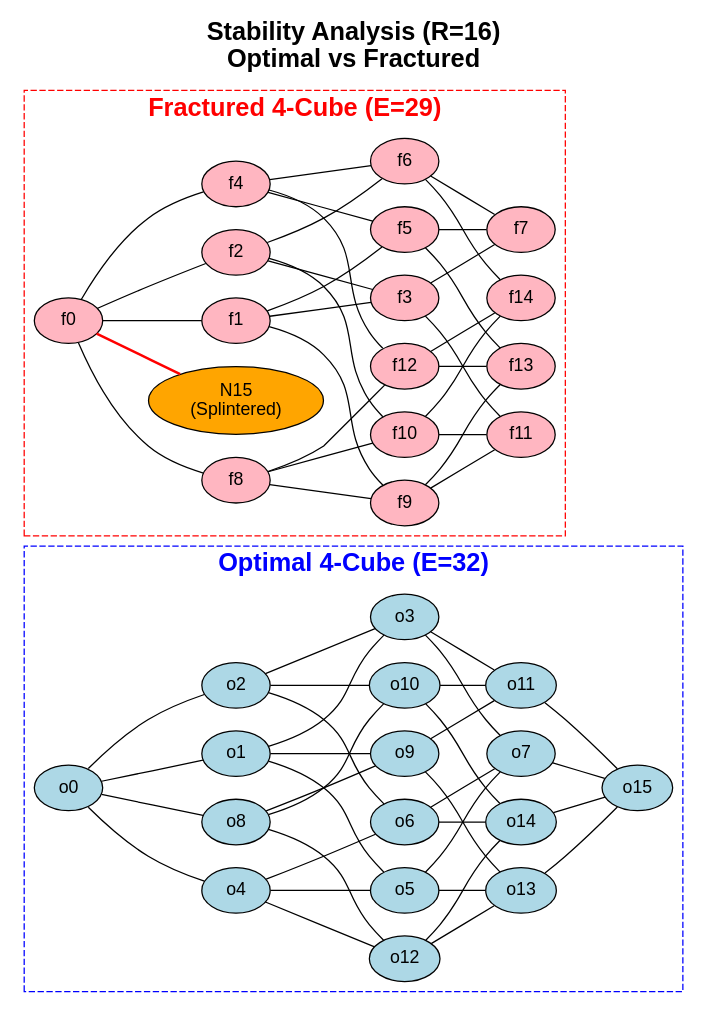
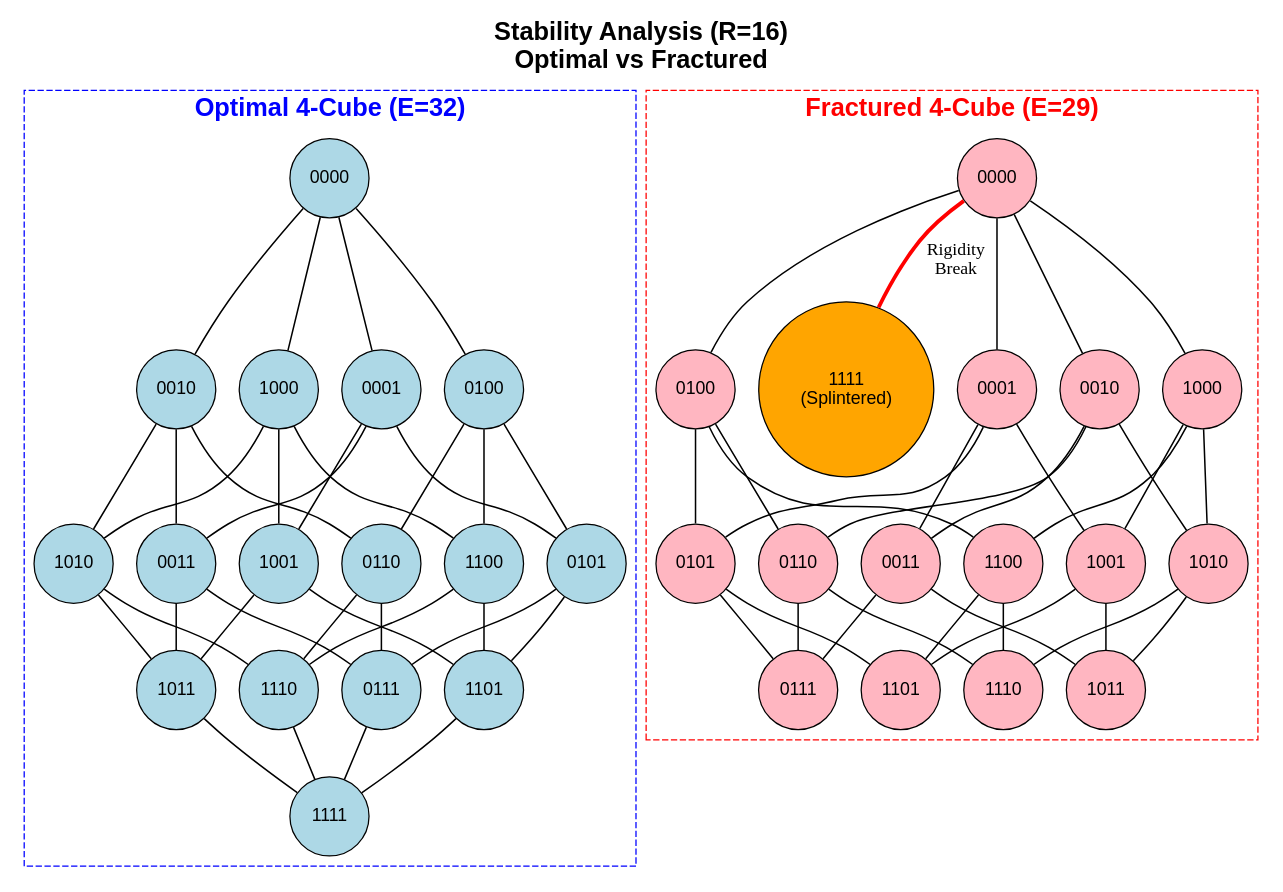
The diagram in assets/r16_stability.dot (ou-school-repos/program-arrangement-extraconnectivity), drawn with Graphviz before and after one commit. The commit also changed 8 other files, not shown here.

```diff
--- a/assets/r16_stability.dot
+++ b/assets/r16_stability.dot
@@ -1,78 +1,108 @@
 graph Comparison_4 {
-  graph [label="Stability Analysis (R=16)
-Optimal vs Fractured", labelloc=t, fontname="Helvetica-bold", fontsize=20, rankdir=LR];
-  node [fontname="Helvetica", style=filled];
+  graph [label="Stability Analysis (R=16)\nOptimal vs Fractured", labelloc=t, fontname="Helvetica-bold", fontsize=20];
+  node [fontname="Helvetica", style=filled, shape=circle, width=0.6];
+  edge [penwidth=1.2];
   subgraph cluster_opt {
     label="Optimal 4-Cube (E=32)";
     color=blue; fontcolor=blue; style=dashed;
-    node [fillcolor=lightblue];
+    o0 [fillcolor=lightblue, label="0000"];
+    o1 [fillcolor=lightblue, label="0001"];
+    o2 [fillcolor=lightblue, label="0010"];
+    o3 [fillcolor=lightblue, label="0011"];
+    o4 [fillcolor=lightblue, label="0100"];
+    o5 [fillcolor=lightblue, label="0101"];
+    o6 [fillcolor=lightblue, label="0110"];
+    o7 [fillcolor=lightblue, label="0111"];
+    o8 [fillcolor=lightblue, label="1000"];
+    o9 [fillcolor=lightblue, label="1001"];
+    o10 [fillcolor=lightblue, label="1010"];
+    o11 [fillcolor=lightblue, label="1011"];
+    o12 [fillcolor=lightblue, label="1100"];
+    o13 [fillcolor=lightblue, label="1101"];
+    o14 [fillcolor=lightblue, label="1110"];
+    o15 [fillcolor=lightblue, label="1111"];
     o0 -- o1;
     o0 -- o2;
     o0 -- o4;
     o0 -- o8;
     o1 -- o3;
     o1 -- o5;
     o1 -- o9;
     o2 -- o3;
     o2 -- o6;
     o2 -- o10;
     o3 -- o7;
     o3 -- o11;
     o4 -- o5;
     o4 -- o6;
     o4 -- o12;
     o5 -- o7;
     o5 -- o13;
     o6 -- o7;
     o6 -- o14;
     o7 -- o15;
     o8 -- o9;
     o8 -- o10;
     o8 -- o12;
     o9 -- o11;
     o9 -- o13;
     o10 -- o11;
     o10 -- o14;
     o11 -- o15;
     o12 -- o13;
     o12 -- o14;
     o13 -- o15;
     o14 -- o15;
   }
   subgraph cluster_frac {
     label="Fractured 4-Cube (E=29)";
     color=red; fontcolor=red; style=dashed;
-    node [fillcolor=lightpink];
+    f0 [fillcolor=lightpink, label="0000"];
+    f1 [fillcolor=lightpink, label="0001"];
+    f2 [fillcolor=lightpink, label="0010"];
+    f3 [fillcolor=lightpink, label="0011"];
+    f4 [fillcolor=lightpink, label="0100"];
+    f5 [fillcolor=lightpink, label="0101"];
+    f6 [fillcolor=lightpink, label="0110"];
+    f7 [fillcolor=lightpink, label="0111"];
+    f8 [fillcolor=lightpink, label="1000"];
+    f9 [fillcolor=lightpink, label="1001"];
+    f10 [fillcolor=lightpink, label="1010"];
+    f11 [fillcolor=lightpink, label="1011"];
+    f12 [fillcolor=lightpink, label="1100"];
+    f13 [fillcolor=lightpink, label="1101"];
+    f14 [fillcolor=lightpink, label="1110"];
     f0 -- f1;
     f0 -- f2;
     f0 -- f4;
     f0 -- f8;
     f1 -- f3;
     f1 -- f5;
     f1 -- f9;
     f2 -- f3;
     f2 -- f6;
     f2 -- f10;
     f3 -- f7;
     f3 -- f11;
     f4 -- f5;
     f4 -- f6;
     f4 -- f12;
     f5 -- f7;
     f5 -- f13;
     f6 -- f7;
     f6 -- f14;
     f8 -- f9;
     f8 -- f10;
     f8 -- f12;
     f9 -- f11;
     f9 -- f13;
     f10 -- f11;
     f10 -- f14;
     f12 -- f13;
     f12 -- f14;
-    f15 [fillcolor=orange, label="N15
+    f15 [fillcolor=orange, label="1111
 (Splintered)"];
-    f0 -- f15 [color=red, penwidth=2.0];
+    f0 -- f15 [color=red, penwidth=3.0, label="Rigidity
+Break"];
   }
 }
```
